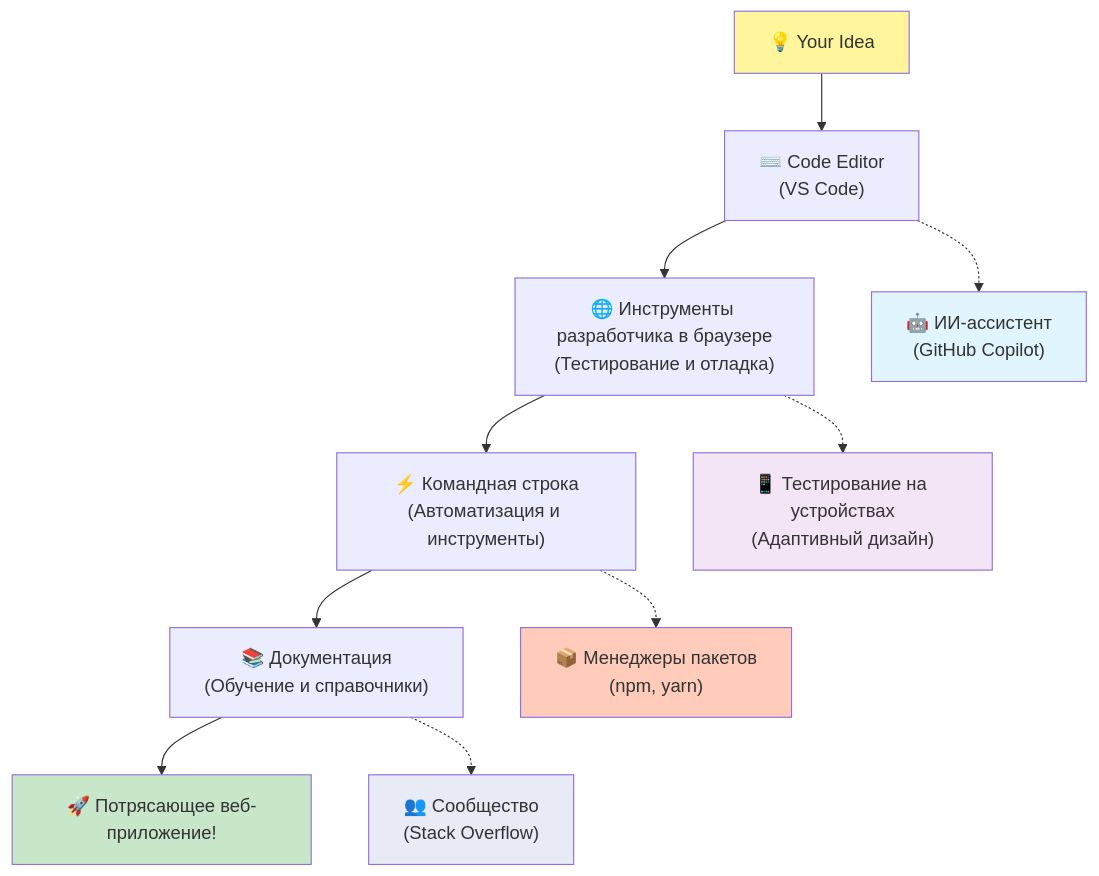
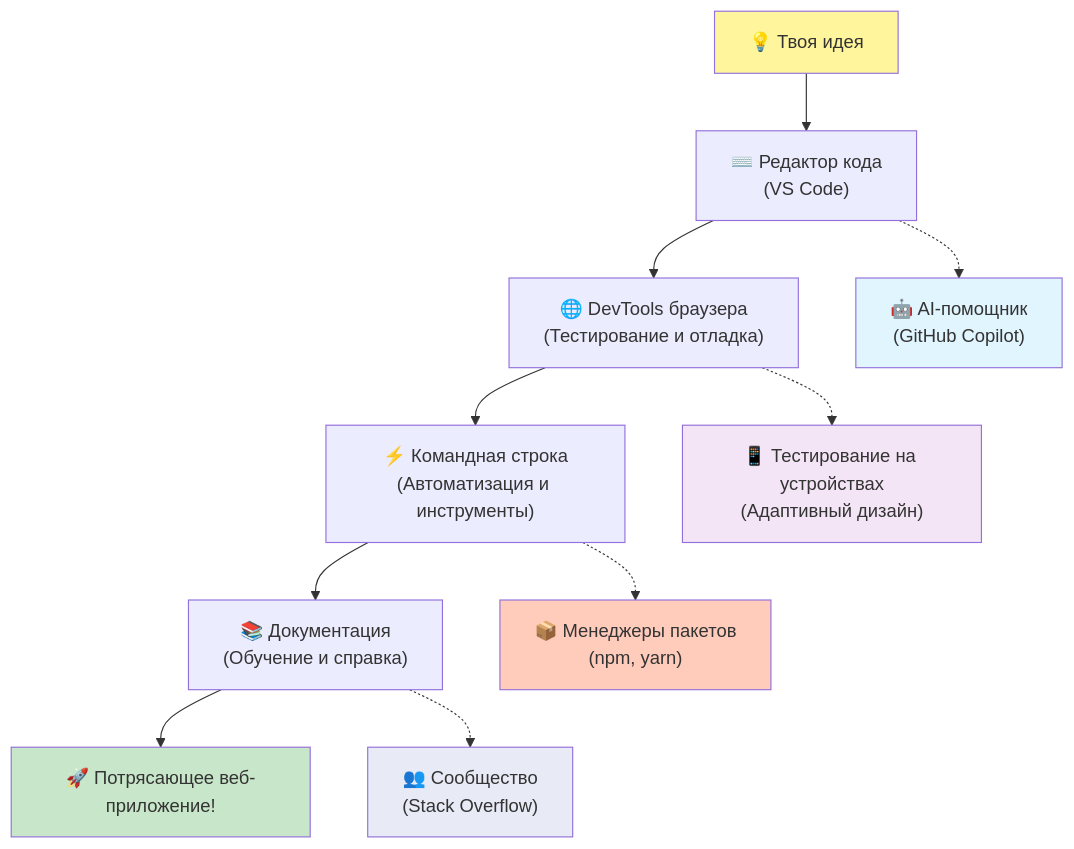
The fifth of 7 diagrams in 1-getting-started-lessons/1-intro-to-programming-languages/README.md (lipaev/Web-Dev-For-Beginners), drawn with Mermaid before and after one commit. The commit also changed other lines of this file, not shown here.

````diff
--- a/1-getting-started-lessons/1-intro-to-programming-languages/README.md
+++ b/1-getting-started-lessons/1-intro-to-programming-languages/README.md
@@ -465,20 +475,20 @@
 ```mermaid
 graph TD
-  A["💡 Your Idea"] --> B["⌨️ Code Editor<br/>(VS Code)"] 
-  B --> C["🌐 Инструменты разработчика в браузере<br/>(Тестирование и отладка)"]
-  C --> D["⚡ Командная строка<br/>(Автоматизация и инструменты)"]
-  D --> E["📚 Документация<br/>(Обучение и справочники)"]
-  E --> F["🚀 Потрясающее веб-приложение!"]
-
-  B -.-> G["🤖 ИИ-ассистент<br/>(GitHub Copilot)"]
-  C -.-> H["📱 Тестирование на устройствах<br/>(Адаптивный дизайн)"]
-  D -.-> I["📦 Менеджеры пакетов<br/>(npm, yarn)"]
-  E -.-> J["👥 Сообщество<br/>(Stack Overflow)"]
-
-  style A fill:#fff59d
-  style F fill:#c8e6c9
-  style G fill:#e1f5fe
-  style H fill:#f3e5f5
-  style I fill:#ffccbc
-  style J fill:#e8eaf6
+    A["💡 Твоя идея"] --> B["⌨️ Редактор кода<br/>(VS Code)"] 
+    B --> C["🌐 DevTools браузера<br/>(Тестирование и отладка)"]
+    C --> D["⚡ Командная строка<br/>(Автоматизация и инструменты)"]
+    D --> E["📚 Документация<br/>(Обучение и справка)"]
+    E --> F["🚀 Потрясающее веб-приложение!"]
+    
+    B -.-> G["🤖 AI-помощник<br/>(GitHub Copilot)"]
+    C -.-> H["📱 Тестирование на устройствах<br/>(Адаптивный дизайн)"]
+    D -.-> I["📦 Менеджеры пакетов<br/>(npm, yarn)"]
+    E -.-> J["👥 Сообщество<br/>(Stack Overflow)"]
+    
+    style A fill:#fff59d
+    style F fill:#c8e6c9
+    style G fill:#e1f5fe
+    style H fill:#f3e5f5
+    style I fill:#ffccbc
+    style J fill:#e8eaf6
 ```
````
